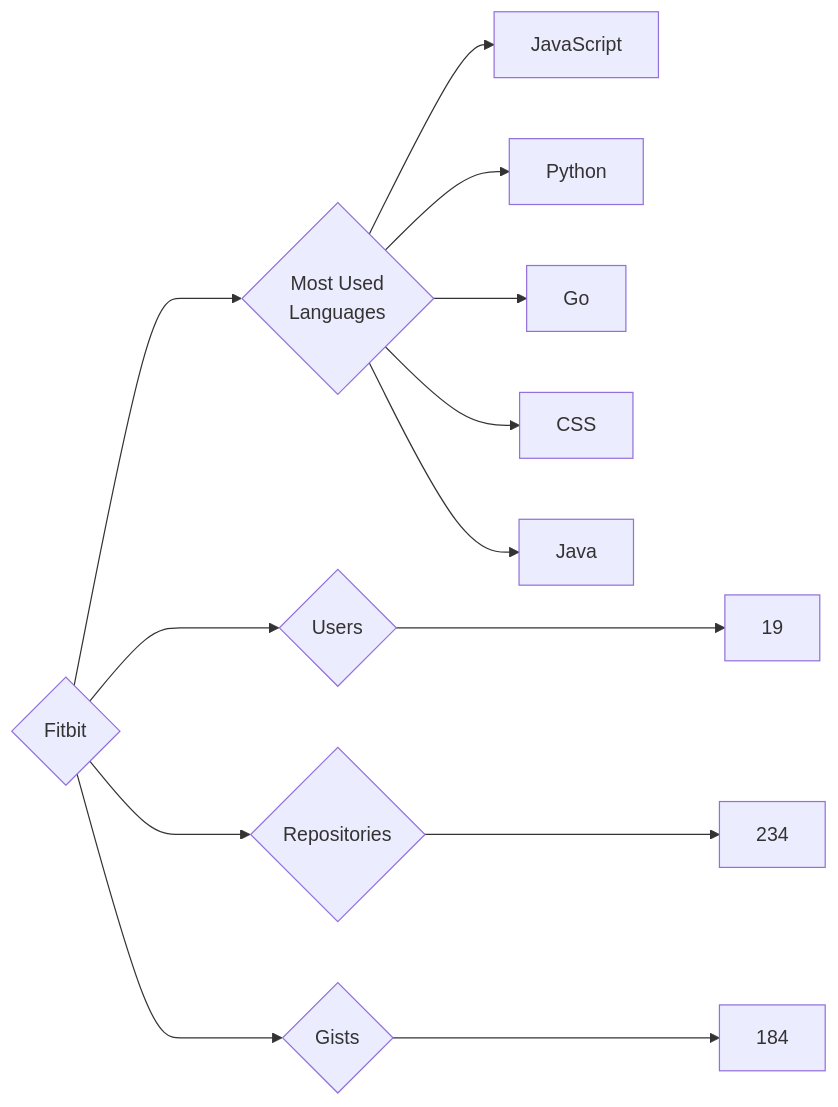
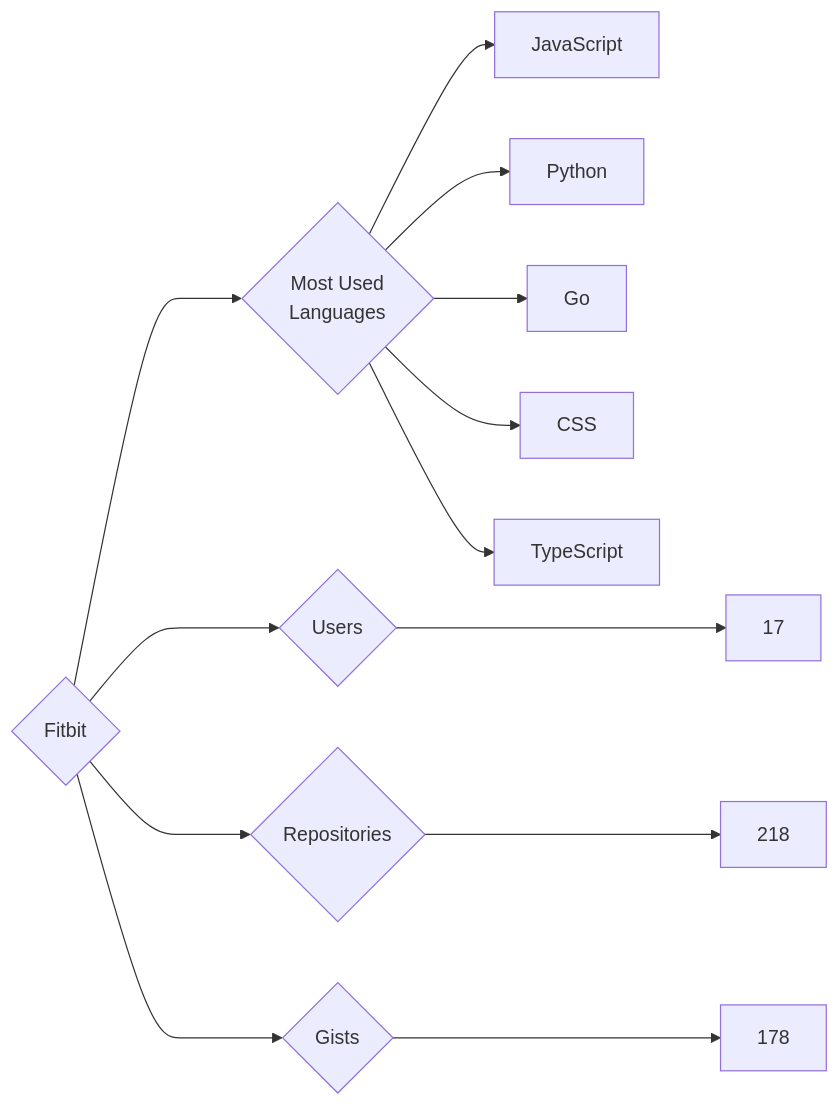
The diagram in targets/Fitbit/README.md (trickest/insiders), drawn with Mermaid before and after one commit. The commit also changed 736 other files, not shown here.

````diff
--- a/targets/Fitbit/README.md
+++ b/targets/Fitbit/README.md
@@ -3,13 +3,13 @@
 ```mermaid
 graph LR
 COMPANY_NAME{Fitbit}
-COMPANY_NAME ---> U{Users} ---> UN[19]
-COMPANY_NAME ---> R{Repositories} ---> RN[234]
-COMPANY_NAME ---> G{Gists} ---> GN[184]
+COMPANY_NAME ---> U{Users} ---> UN[17]
+COMPANY_NAME ---> R{Repositories} ---> RN[218]
+COMPANY_NAME ---> G{Gists} ---> GN[178]
 COMPANY_NAME ---> ML{Most Used<br>Languages}
 ML --> JavaScript[JavaScript]
 ML --> Python[Python]
 ML --> Go[Go]
 ML --> CSS[CSS]
-ML --> Java[Java]
+ML --> TypeScript[TypeScript]
 ```
````
